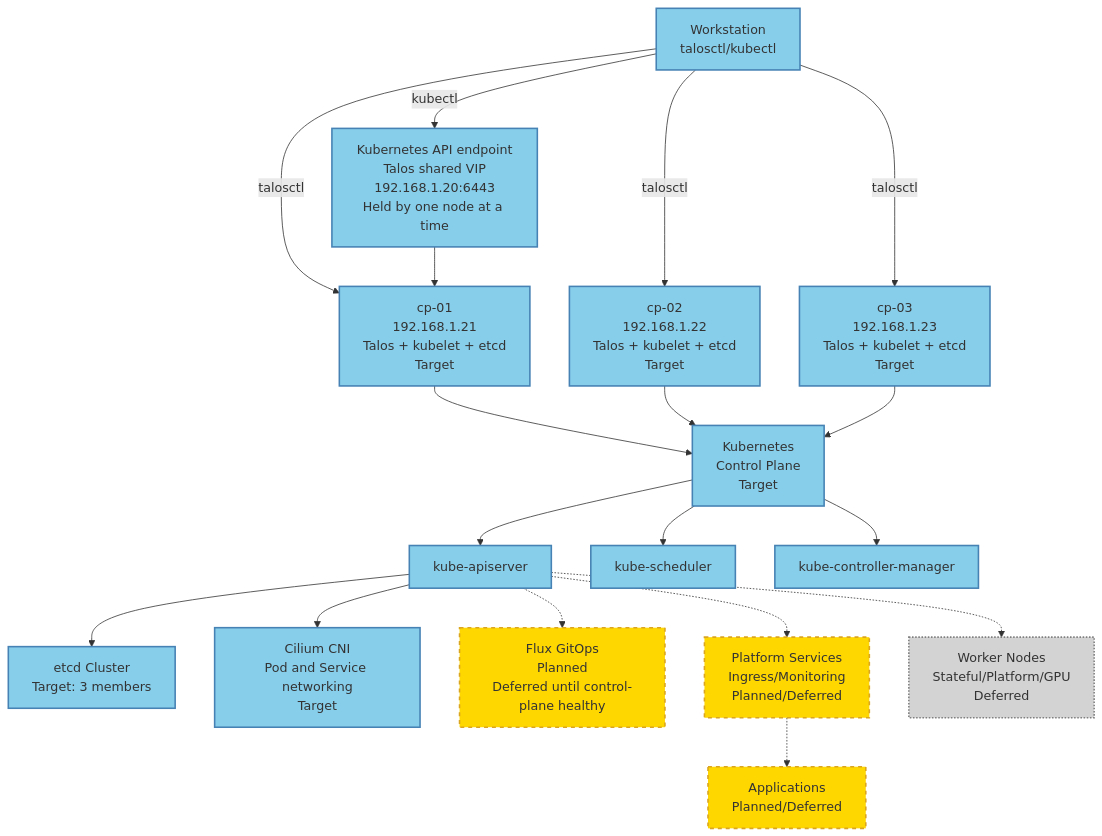
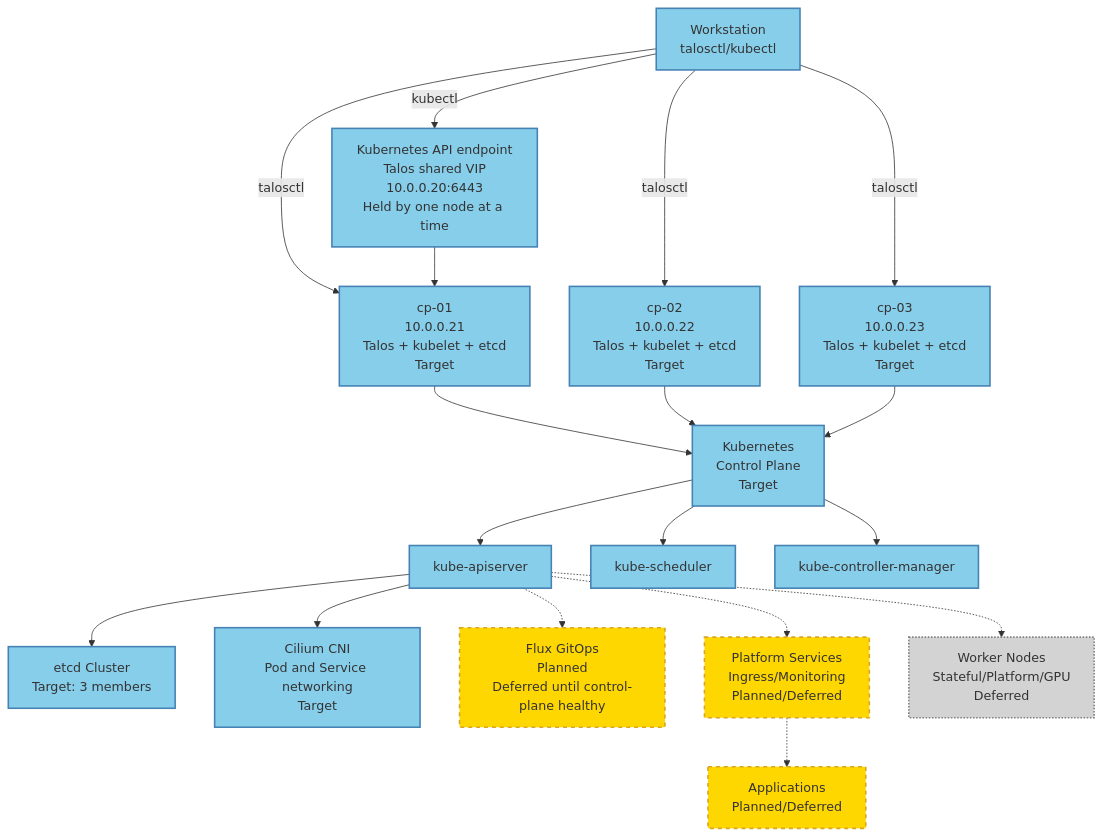
The diagram in diagrams/logical-cluster-topology.md (Okja-Engineering/home-lab), drawn with Mermaid before and after one commit. The commit also changed 12 other files, not shown here.

````diff
--- a/diagrams/logical-cluster-topology.md
+++ b/diagrams/logical-cluster-topology.md
@@ -13,44 +13,44 @@
 ```mermaid
 graph TB
     Workstation[Workstation<br/>talosctl/kubectl]
-    VIP[Kubernetes API endpoint<br/>Talos shared VIP<br/>192.168.1.20:6443<br/>Held by one node at a time]
-    cp01[cp-01<br/>192.168.1.21<br/>Talos + kubelet + etcd<br/>Target]
-    cp02[cp-02<br/>192.168.1.22<br/>Talos + kubelet + etcd<br/>Target]
-    cp03[cp-03<br/>192.168.1.23<br/>Talos + kubelet + etcd<br/>Target]
+    VIP[Kubernetes API endpoint<br/>Talos shared VIP<br/>10.0.0.20:6443<br/>Held by one node at a time]
+    cp01[cp-01<br/>10.0.0.21<br/>Talos + kubelet + etcd<br/>Target]
+    cp02[cp-02<br/>10.0.0.22<br/>Talos + kubelet + etcd<br/>Target]
+    cp03[cp-03<br/>10.0.0.23<br/>Talos + kubelet + etcd<br/>Target]
     etcd[etcd Cluster<br/>Target: 3 members]
     k8s[Kubernetes<br/>Control Plane<br/>Target]
     apiserver[kube-apiserver]
     scheduler[kube-scheduler]
     controller[kube-controller-manager]
     Cilium[Cilium CNI<br/>Pod and Service networking<br/>Target]
     Flux[Flux GitOps<br/>Planned<br/>Deferred until control-plane healthy]
     Platform[Platform Services<br/>Ingress/Monitoring<br/>Planned/Deferred]
     Apps[Applications<br/>Planned/Deferred]
     Workers[Worker Nodes<br/>Stateful/Platform/GPU<br/>Deferred]
 
     Workstation -->|kubectl| VIP
     Workstation -->|talosctl| cp01
     Workstation -->|talosctl| cp02
     Workstation -->|talosctl| cp03
     VIP --> cp01
     cp01 --> k8s
     cp02 --> k8s
     cp03 --> k8s
     k8s --> apiserver
     k8s --> scheduler
     k8s --> controller
     apiserver --> etcd
     apiserver --> Cilium
     apiserver -.-> Flux
     apiserver -.-> Platform
     Platform -.-> Apps
     apiserver -.-> Workers
 
     classDef target fill:#87CEEB,stroke:#4682B4,stroke-width:2px
     classDef planned fill:#FFD700,stroke:#DAA520,stroke-width:2px,stroke-dasharray: 5 5
     classDef future fill:#D3D3D3,stroke:#808080,stroke-width:2px,stroke-dasharray: 2 2
 
     class Workstation,VIP,cp01,cp02,cp03,etcd,k8s,apiserver,scheduler,controller,Cilium target
     class Flux,Platform,Apps planned
     class Workers future
 ```
````
